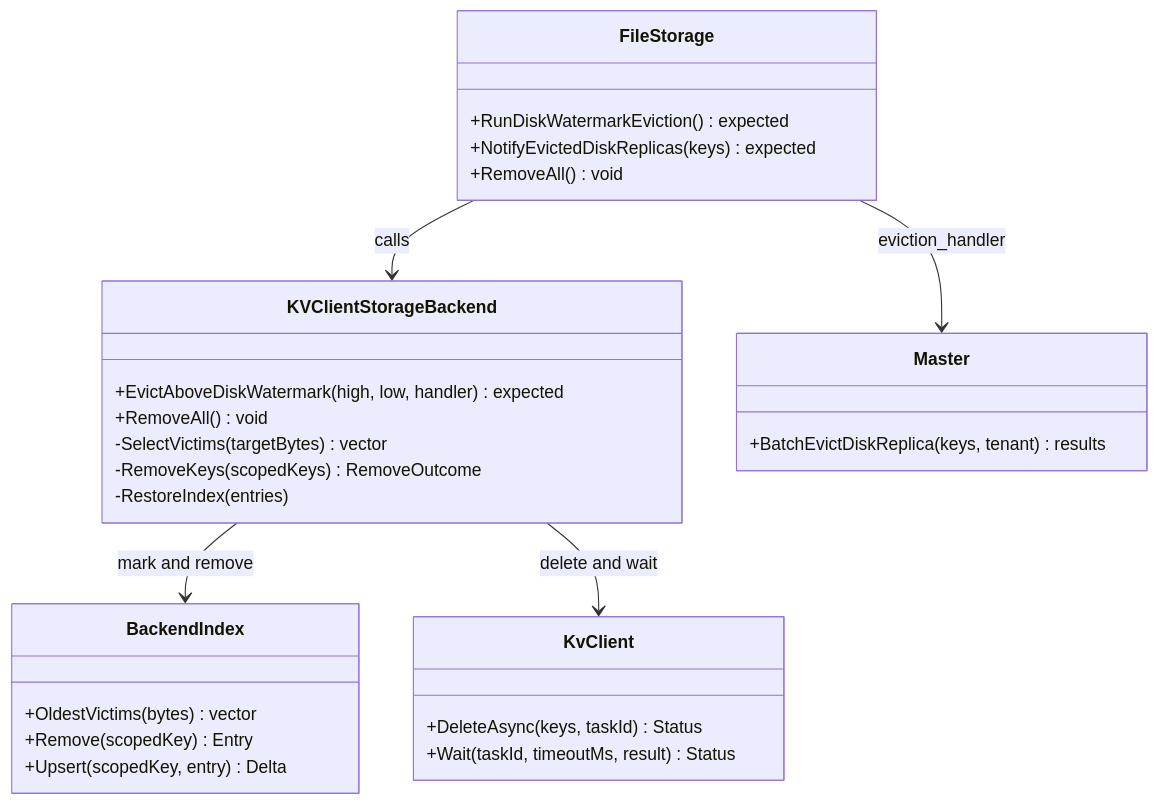
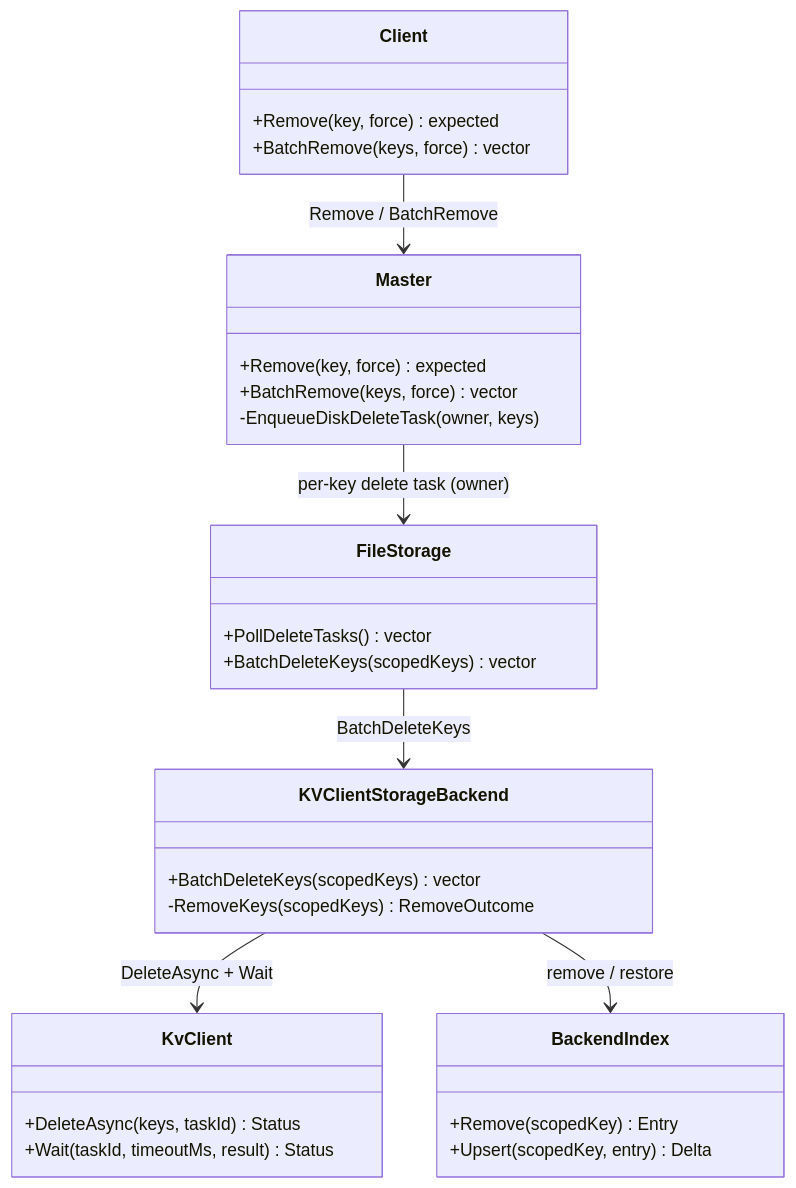
Before and after one commit to zwj20000328-dotcom/Mooncake-documents: diagram 12 of 14 in kvclient-storageBackend.md, drawn with Mermaid. The commit also changed other lines of this file and 1 other file, not shown here.

Commit message:
modified:   kvclient-storageBackend.md

````diff
--- a/kvclient-storageBackend.md
+++ b/kvclient-storageBackend.md
@@ -1001,31 +1098,33 @@
 ```mermaid
 classDiagram
+    class Client {
+        +Remove(key, force) expected
+        +BatchRemove(keys, force) vector
+    }
+    class Master {
+        +Remove(key, force) expected
+        +BatchRemove(keys, force) vector
+        -EnqueueDiskDeleteTask(owner, keys)
+    }
     class FileStorage {
-        +RunDiskWatermarkEviction() expected
-        +NotifyEvictedDiskReplicas(keys) expected
-        +RemoveAll() void
+        +PollDeleteTasks() vector
+        +BatchDeleteKeys(scopedKeys) vector
     }
     class KVClientStorageBackend {
-        +EvictAboveDiskWatermark(high, low, handler) expected
-        +RemoveAll() void
-        -SelectVictims(targetBytes) vector
+        +BatchDeleteKeys(scopedKeys) vector
         -RemoveKeys(scopedKeys) RemoveOutcome
-        -RestoreIndex(entries)
-    }
-    class BackendIndex {
-        +OldestVictims(bytes) vector
-        +Remove(scopedKey) Entry
-        +Upsert(scopedKey, entry) Delta
     }
     class KvClient {
         +DeleteAsync(keys, taskId) Status
         +Wait(taskId, timeoutMs, result) Status
     }
-    class Master {
-        +BatchEvictDiskReplica(keys, tenant) results
+    class BackendIndex {
+        +Remove(scopedKey) Entry
+        +Upsert(scopedKey, entry) Delta
     }
-    FileStorage --> KVClientStorageBackend : calls
-    KVClientStorageBackend --> BackendIndex : mark and remove
-    KVClientStorageBackend --> KvClient : delete and wait
-    FileStorage --> Master : eviction_handler
+    Client --> Master : Remove / BatchRemove
+    Master --> FileStorage : per-key delete task (owner)
+    FileStorage --> KVClientStorageBackend : BatchDeleteKeys
+    KVClientStorageBackend --> KvClient : DeleteAsync + Wait
+    KVClientStorageBackend --> BackendIndex : remove / restore
 ```
````
